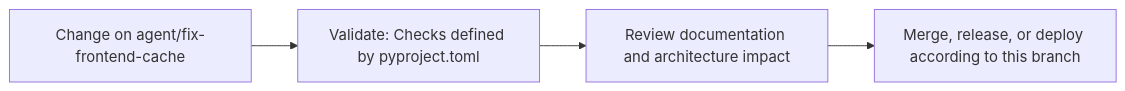
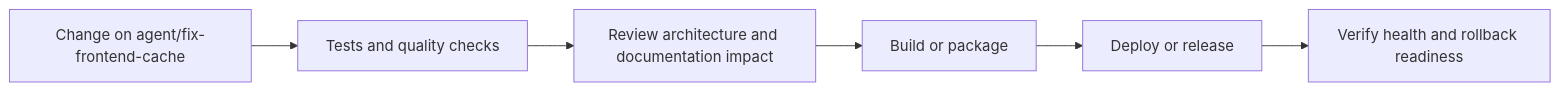
The seventh of 8 diagrams in README.md (Nischhalsubba/HajiriFlow), drawn with Mermaid before and after one commit. The commit also changed other lines of this file, not shown here.

````diff
--- a/README.md
+++ b/README.md
@@ -67,8 +189,8 @@
 ```mermaid
 flowchart LR
-    CHANGE["Change on agent/fix-frontend-cache"]
-    CHECK["Validate: Checks defined by pyproject.toml"]
-    REVIEW["Review documentation and architecture impact"]
-    RELEASE["Merge, release, or deploy according to this branch"]
-    CHANGE --> CHECK --> REVIEW --> RELEASE
+    CHANGE["Change on agent/fix-frontend-cache"] --> CHECK["Tests and quality checks"]
+    CHECK --> REVIEW["Review architecture and documentation impact"]
+    REVIEW --> BUILD["Build or package"]
+    BUILD --> DEPLOY["Deploy or release"]
+    DEPLOY --> VERIFY["Verify health and rollback readiness"]
 ```
````
